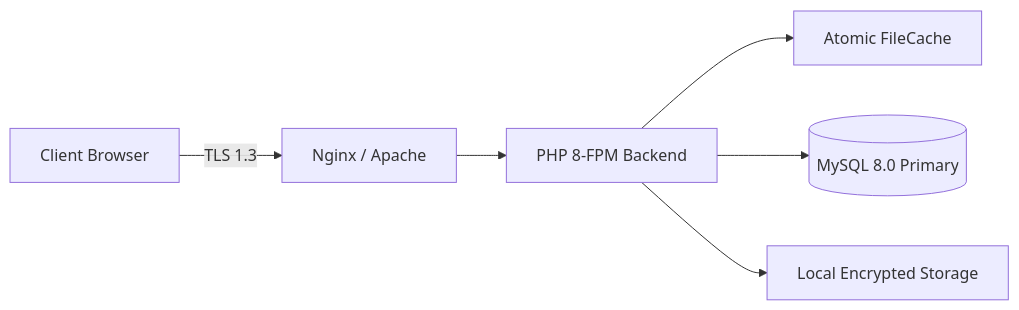
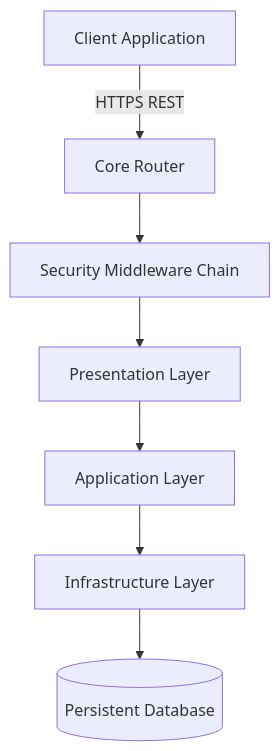
Before and after one commit to EL-STRIX/Finzo: the first of 2 diagrams in docs/01-Architecture/System-Architecture.md, drawn with Mermaid. The commit also changed other lines of this file and 7 other files, not shown here.

First line of the commit message:
docs(Architecture): Phase 2 System Architecture Documentation

````diff
--- a/docs/01-Architecture/System-Architecture.md
+++ b/docs/01-Architecture/System-Architecture.md
@@ -27,8 +88,9 @@
 ```mermaid
-flowchart LR
-    User[Client Browser] -->|TLS 1.3| LoadBalancer[Nginx / Apache]
-    LoadBalancer --> PHP[PHP 8-FPM Backend]
-    PHP --> Cache[Atomic FileCache]
-    PHP --> DB[(MySQL 8.0 Primary)]
-    PHP --> Storage[Local Encrypted Storage]
+graph TD
+    UI[Client Application] -->|HTTPS REST| Router[Core Router]
+    Router --> Middleware[Security Middleware Chain]
+    Middleware --> Controller[Presentation Layer]
+    Controller --> Service[Application Layer]
+    Service --> Repo[Infrastructure Layer]
+    Repo --> DB[(Persistent Database)]
 ```
````
